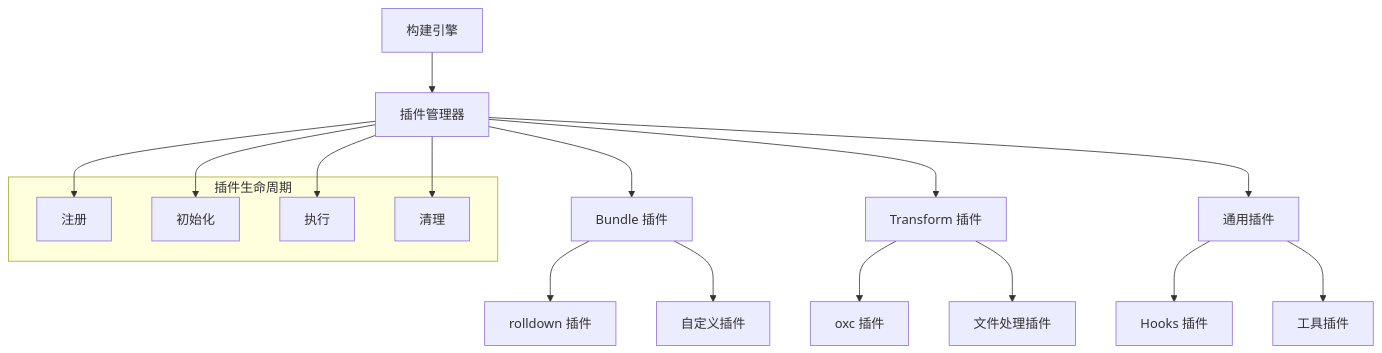
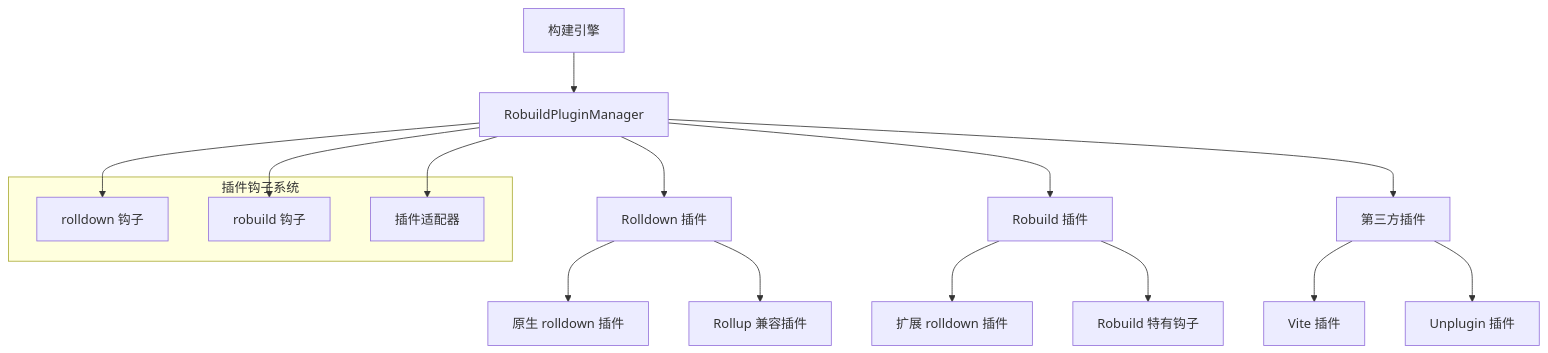
The diagram in docs/architecture/plugins.md (Sunny-117/robuild), drawn with Mermaid before and after one commit. The commit also changed other lines of this file and 12 other files, not shown here.

Commit message:
refactor: 💡 plugin hooks follow rolldown

````diff
--- a/docs/architecture/plugins.md
+++ b/docs/architecture/plugins.md
@@ -9,28 +9,26 @@
 ```mermaid
 graph TB
-    A[构建引擎] --> B[插件管理器]
-    B --> C[Bundle 插件]
-    B --> D[Transform 插件]
-    B --> E[通用插件]
+    A[构建引擎] --> B[RobuildPluginManager]
+    B --> C[Rolldown 插件]
+    B --> D[Robuild 插件]
+    B --> E[第三方插件]
 
-    C --> F[rolldown 插件]
-    C --> G[自定义插件]
+    C --> F[原生 rolldown 插件]
+    C --> G[Rollup 兼容插件]
 
-    D --> H[oxc 插件]
-    D --> I[文件处理插件]
+    D --> H[扩展 rolldown 插件]
+    D --> I[Robuild 特有钩子]
 
-    E --> J[Hooks 插件]
-    E --> K[工具插件]
+    E --> J[Vite 插件]
+    E --> K[Unplugin 插件]
 
-    subgraph "插件生命周期"
-        L[注册]
-        M[初始化]
-        N[执行]
-        O[清理]
+    subgraph "插件钩子系统"
+        L[rolldown 钩子]
+        M[robuild 钩子]
+        N[插件适配器]
     end
 
     B --> L
     B --> M
     B --> N
-    B --> O
 ```
````
